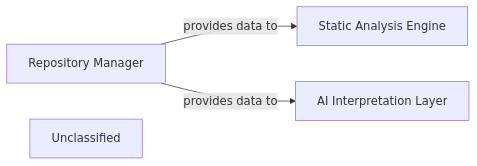
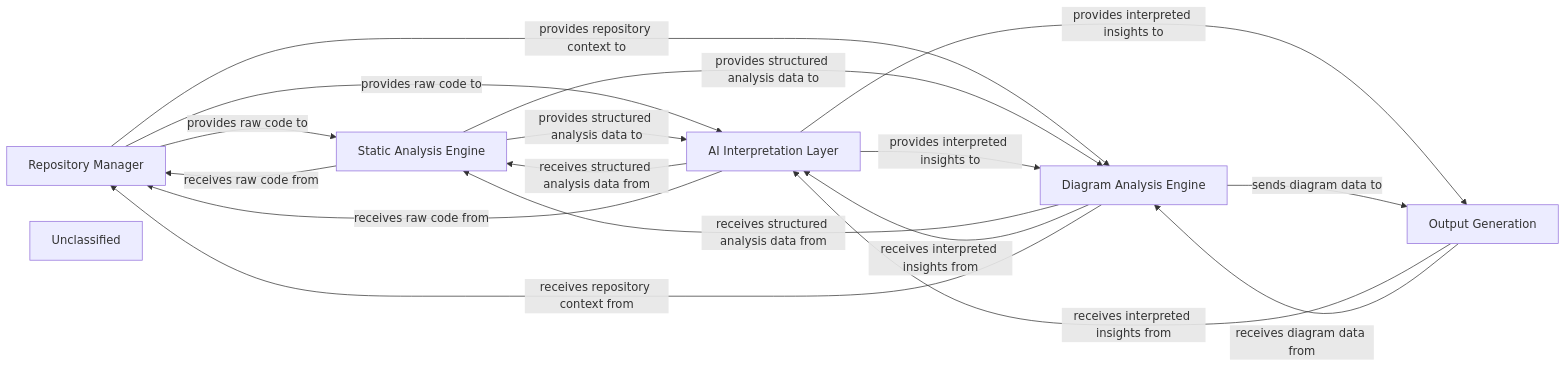
One commit to CodeBoarding/CodeBoarding changed the diagram in .codeboarding/Repository_Manager.md. Above: the diagram before and after it, drawn with Mermaid. The commit also changed other lines of this file and 17 other files, not shown here.

First line of the commit message:
docs: update codeboarding documentation and generate architecture

````diff
--- a/.codeboarding/Repository_Manager.md
+++ b/.codeboarding/Repository_Manager.md
@@ -1,12 +1,28 @@
 ```mermaid
 graph LR
     Repository_Manager["Repository Manager"]
     Static_Analysis_Engine["Static Analysis Engine"]
     AI_Interpretation_Layer["AI Interpretation Layer"]
+    Diagram_Analysis_Engine["Diagram Analysis Engine"]
+    Output_Generation["Output Generation"]
     Unclassified["Unclassified"]
-    Repository_Manager -- "provides data to" --> Static_Analysis_Engine
-    Repository_Manager -- "provides data to" --> AI_Interpretation_Layer
+    Repository_Manager -- "provides raw code to" --> Static_Analysis_Engine
+    Repository_Manager -- "provides raw code to" --> AI_Interpretation_Layer
+    Repository_Manager -- "provides repository context to" --> Diagram_Analysis_Engine
+    Static_Analysis_Engine -- "receives raw code from" --> Repository_Manager
+    Static_Analysis_Engine -- "provides structured analysis data to" --> AI_Interpretation_Layer
+    Static_Analysis_Engine -- "provides structured analysis data to" --> Diagram_Analysis_Engine
+    AI_Interpretation_Layer -- "receives structured analysis data from" --> Static_Analysis_Engine
+    AI_Interpretation_Layer -- "receives raw code from" --> Repository_Manager
+    AI_Interpretation_Layer -- "provides interpreted insights to" --> Diagram_Analysis_Engine
+    AI_Interpretation_Layer -- "provides interpreted insights to" --> Output_Generation
+    Diagram_Analysis_Engine -- "receives structured analysis data from" --> Static_Analysis_Engine
+    Diagram_Analysis_Engine -- "receives interpreted insights from" --> AI_Interpretation_Layer
+    Diagram_Analysis_Engine -- "receives repository context from" --> Repository_Manager
+    Diagram_Analysis_Engine -- "sends diagram data to" --> Output_Generation
+    Output_Generation -- "receives interpreted insights from" --> AI_Interpretation_Layer
+    Output_Generation -- "receives diagram data from" --> Diagram_Analysis_Engine
     click Repository_Manager href "https://github.com/CodeBoarding/CodeBoarding/blob/main/.codeboarding/Repository_Manager.md" "Details"
     click Static_Analysis_Engine href "https://github.com/CodeBoarding/CodeBoarding/blob/main/.codeboarding/Static_Analysis_Engine.md" "Details"
     click AI_Interpretation_Layer href "https://github.com/CodeBoarding/CodeBoarding/blob/main/.codeboarding/AI_Interpretation_Layer.md" "Details"
 ```
````
